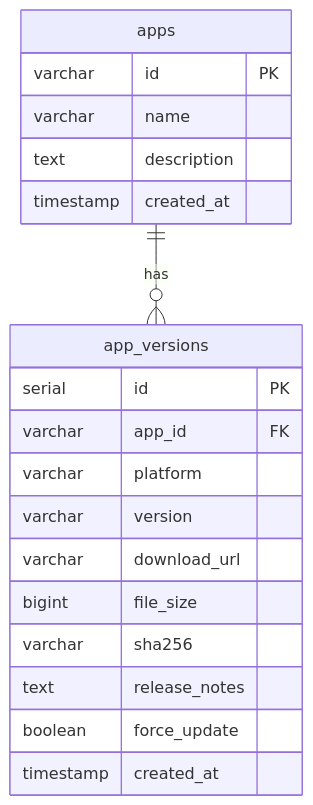
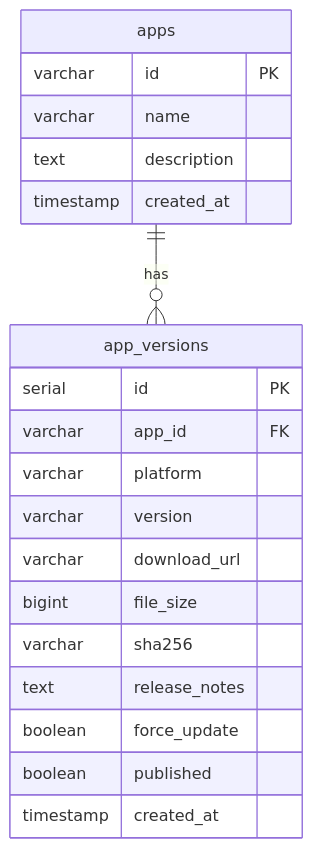
One commit to toly1994328/flash_im_by_ai changed the first of 2 diagrams in docs/features/starter/v0.0.3/server/design.md. Above: the diagram before and after it, drawn with Mermaid. The commit also changed other lines of this file and 63 other files, not shown here.

````diff
--- a/docs/features/starter/v0.0.3/server/design.md
+++ b/docs/features/starter/v0.0.3/server/design.md
@@ -58,22 +59,23 @@
 ```mermaid
 erDiagram
     apps ||--o{ app_versions : "has"
     apps {
         varchar id PK
         varchar name
         text description
         timestamp created_at
     }
     app_versions {
         serial id PK
         varchar app_id FK
         varchar platform
         varchar version
         varchar download_url
         bigint file_size
         varchar sha256
         text release_notes
         boolean force_update
+        boolean published
         timestamp created_at
     }
 ```
````
